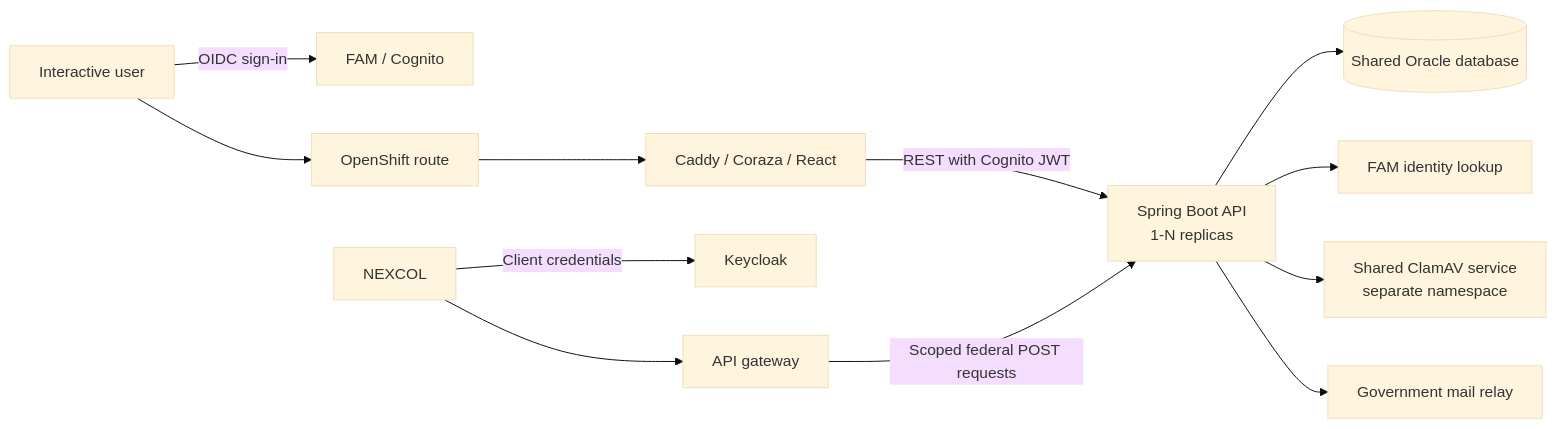
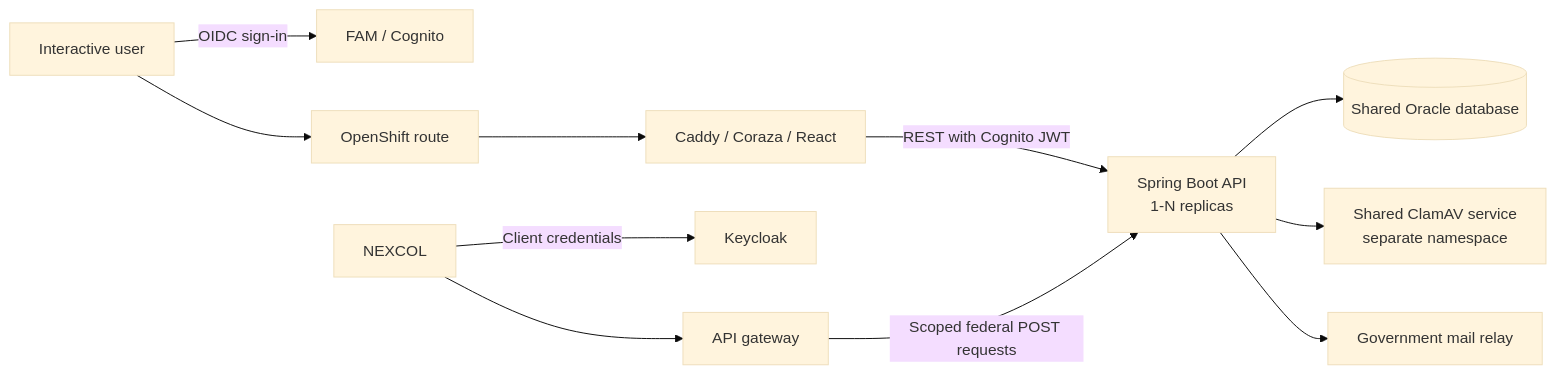
The diagram in docs/architecture.md (bcgov/nr-lexis), drawn with Mermaid (base theme) before and after one commit. The commit also changed 50 other files, not shown here.

````diff
--- a/docs/architecture.md
+++ b/docs/architecture.md
@@ -9,16 +9,15 @@
 ```mermaid
 flowchart LR
     User["Interactive user"] -->|OIDC sign-in| Cognito["FAM / Cognito"]
     User --> Route["OpenShift route"]
     Route --> Frontend["Caddy / Coraza / React"]
     Frontend -->|REST with Cognito JWT| Backend["Spring Boot API<br/>1-N replicas"]
 
     Nexcol[NEXCOL] -->|Client credentials| Keycloak[Keycloak]
     Nexcol --> Gateway["API gateway"]
     Gateway -->|Scoped federal POST requests| Backend
 
     Backend --> Oracle[("Shared Oracle database")]
-    Backend --> Identity["FAM identity lookup"]
     Backend --> ClamAV["Shared ClamAV service<br/>separate namespace"]
     Backend --> Mail["Government mail relay"]
 ```
````
